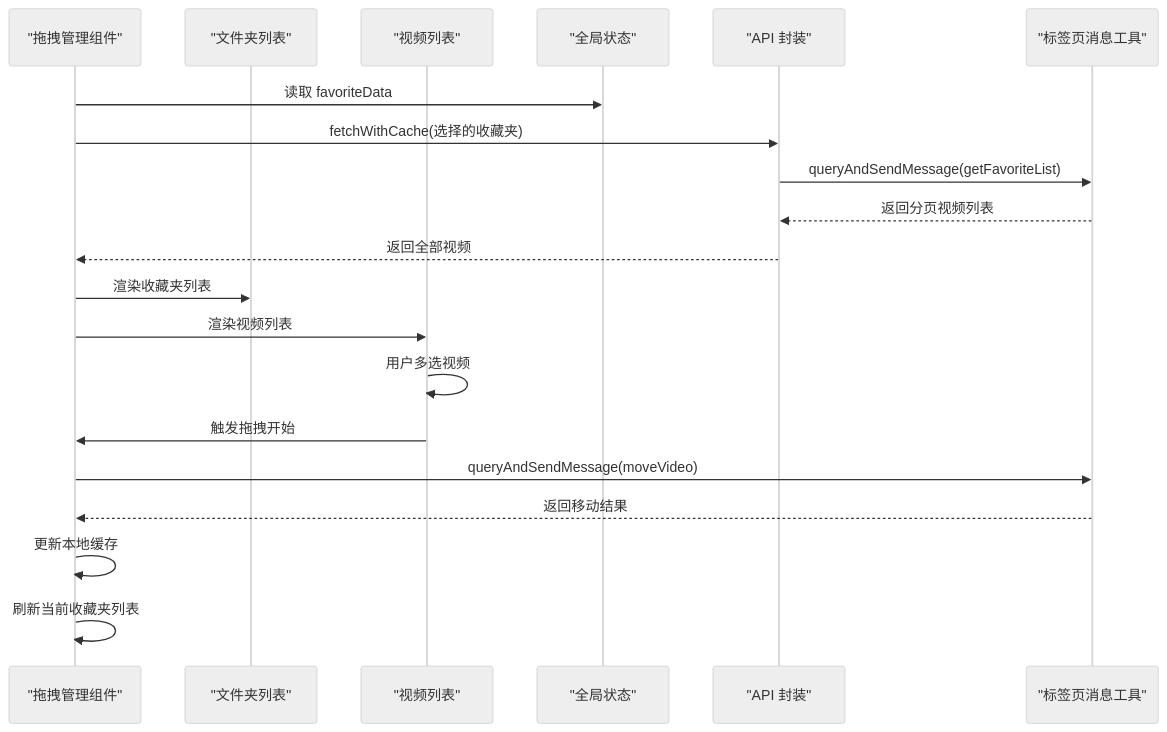
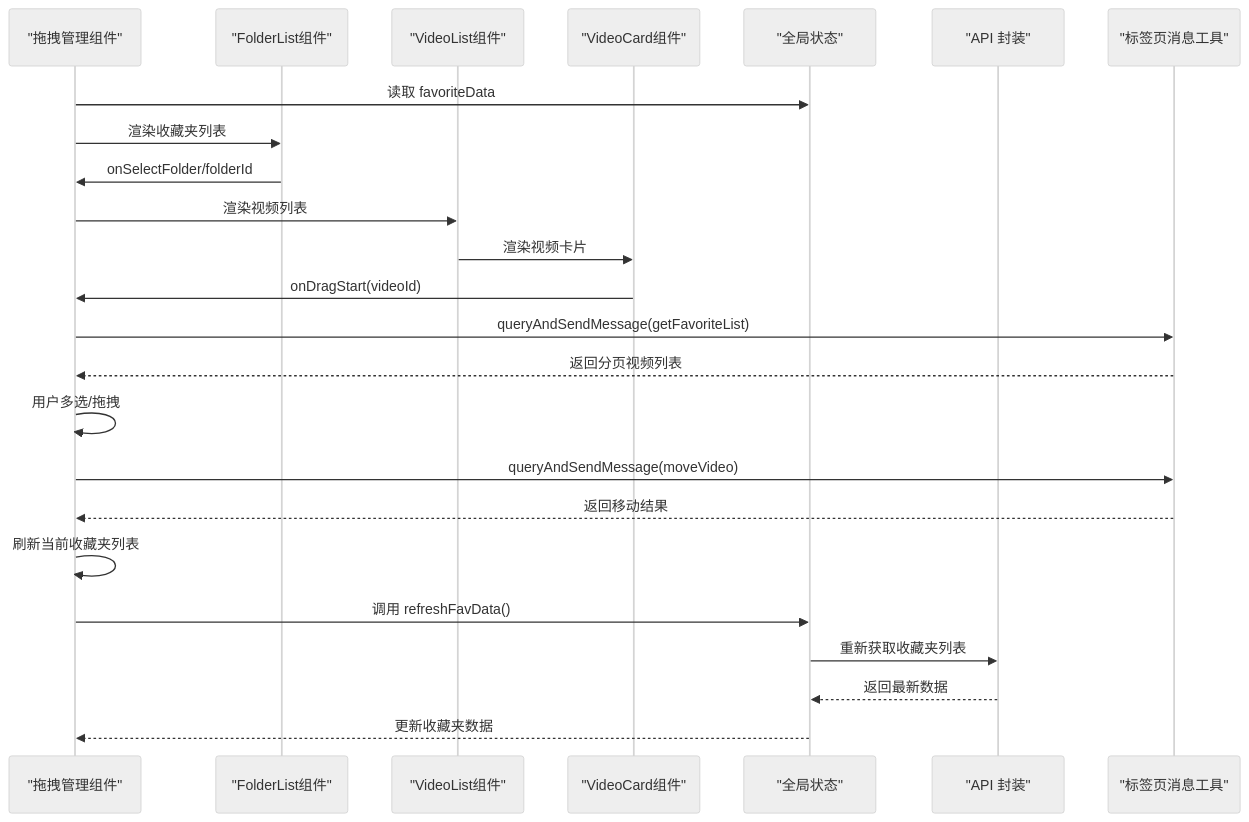
The eighth of 11 diagrams in .qoder/repowiki/zh/content/核心功能模块/收藏夹管理系统.md (RadiumAg/bilibili-favorites), drawn with Mermaid (neutral theme) before and after one commit. The commit also changed other lines of this file and 27 other files, not shown here.

````diff
--- a/.qoder/repowiki/zh/content/核心功能模块/收藏夹管理系统.md
+++ b/.qoder/repowiki/zh/content/核心功能模块/收藏夹管理系统.md
@@ -349,22 +370,26 @@
 ```mermaid
 sequenceDiagram
 participant UI as "拖拽管理组件"
-participant FolderList as "文件夹列表"
-participant VideoList as "视频列表"
+participant FolderList as "FolderList组件"
+participant VideoList as "VideoList组件"
+participant VideoCard as "VideoCard组件"
 participant Store as "全局状态"
 participant API as "API 封装"
 participant Tab as "标签页消息工具"
 UI->>Store : 读取 favoriteData
-UI->>API : fetchWithCache(选择的收藏夹)
-API->>Tab : queryAndSendMessage(getFavoriteList)
-Tab-->>API : 返回分页视频列表
-API-->>UI : 返回全部视频
 UI->>FolderList : 渲染收藏夹列表
+FolderList->>UI : onSelectFolder/folderId
 UI->>VideoList : 渲染视频列表
-VideoList->>VideoList : 用户多选视频
-VideoList->>UI : 触发拖拽开始
+VideoList->>VideoCard : 渲染视频卡片
+VideoCard->>UI : onDragStart(videoId)
+UI->>Tab : queryAndSendMessage(getFavoriteList)
+Tab-->>UI : 返回分页视频列表
+UI->>UI : 用户多选/拖拽
 UI->>Tab : queryAndSendMessage(moveVideo)
 Tab-->>UI : 返回移动结果
-UI->>UI : 更新本地缓存
 UI->>UI : 刷新当前收藏夹列表
+UI->>Store : 调用 refreshFavData()
+Store->>API : 重新获取收藏夹列表
+API-->>Store : 返回最新数据
+Store-->>UI : 更新收藏夹数据
 ```
````
